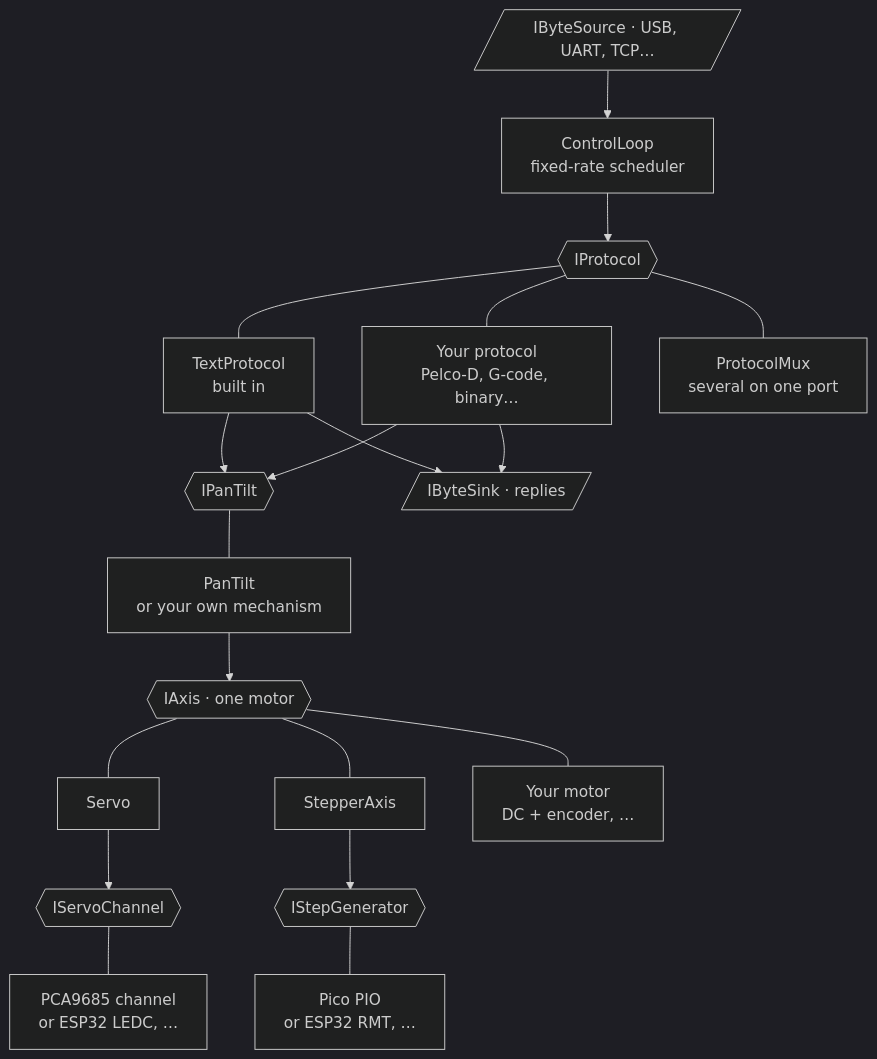
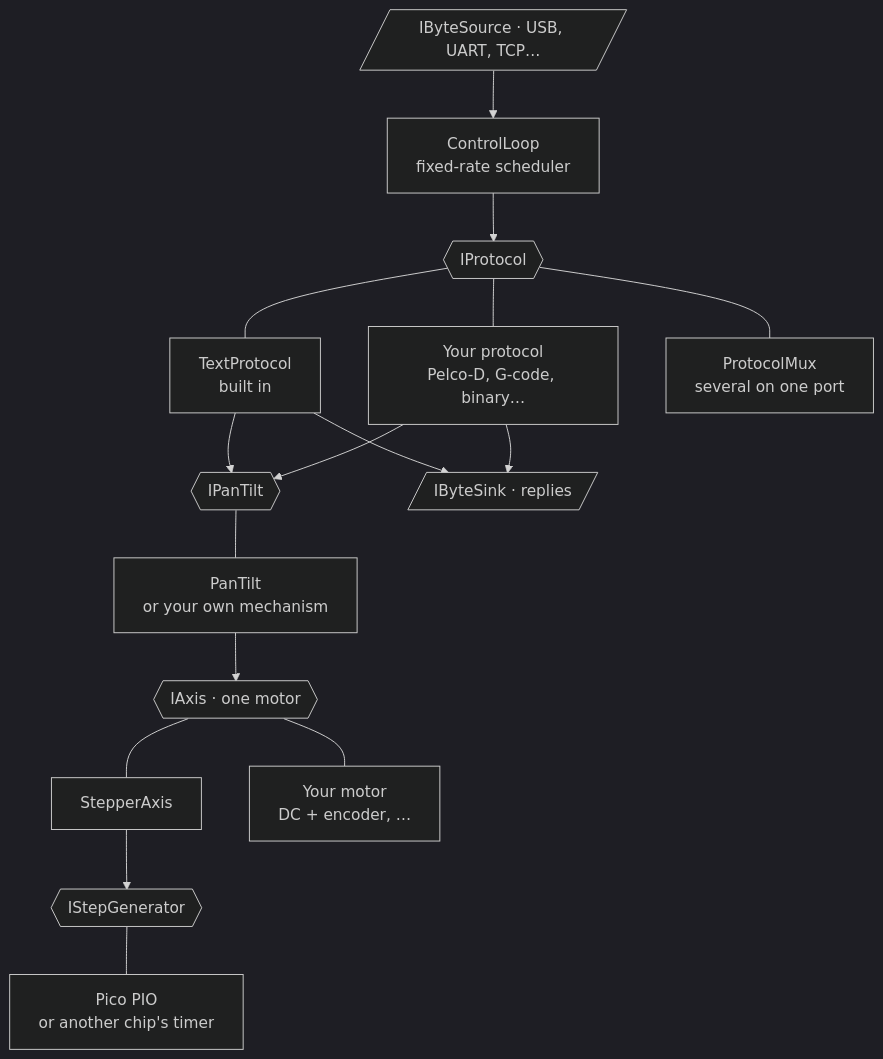
Before and after one commit to Mrunmoy/owlet: the fourth of 4 diagrams in README.md, drawn with Mermaid (dark theme). The commit also changed other lines of this file and 7 other files, not shown here.

````diff
--- a/README.md
+++ b/README.md
@@ -571,18 +515,16 @@
 ```mermaid
 flowchart TB
     LOOP["ControlLoop<br/>fixed-rate scheduler"]
     SRC[/"IByteSource · USB, UART, TCP…"/] --> LOOP
     LOOP --> PROTO{{"IProtocol"}}
     PROTO --- TEXT["TextProtocol<br/>built in"]
     PROTO --- MINE["Your protocol<br/>Pelco-D, G-code, binary…"]
     PROTO --- MUX["ProtocolMux<br/>several on one port"]
     TEXT & MINE --> HEAD{{"IPanTilt"}}
     TEXT & MINE --> SINK[/"IByteSink · replies"/]
     HEAD --- PT["PanTilt<br/>or your own mechanism"]
     PT --> AXIS{{"IAxis · one motor"}}
-    AXIS --- SERVO["Servo"] --> CH{{"IServoChannel"}}
-    CH --- PCA["PCA9685 channel<br/>or ESP32 LEDC, …"]
     AXIS --- STEP["StepperAxis"] --> GEN{{"IStepGenerator"}}
-    GEN --- PIO["Pico PIO<br/>or ESP32 RMT, …"]
+    GEN --- PIO["Pico PIO<br/>or another chip's timer"]
     AXIS --- OTHER["Your motor<br/>DC + encoder, …"]
 ```
````
